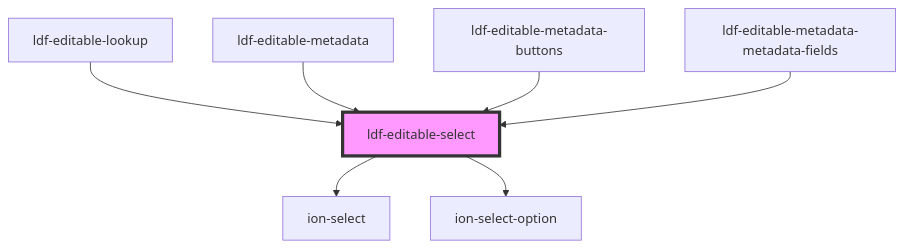
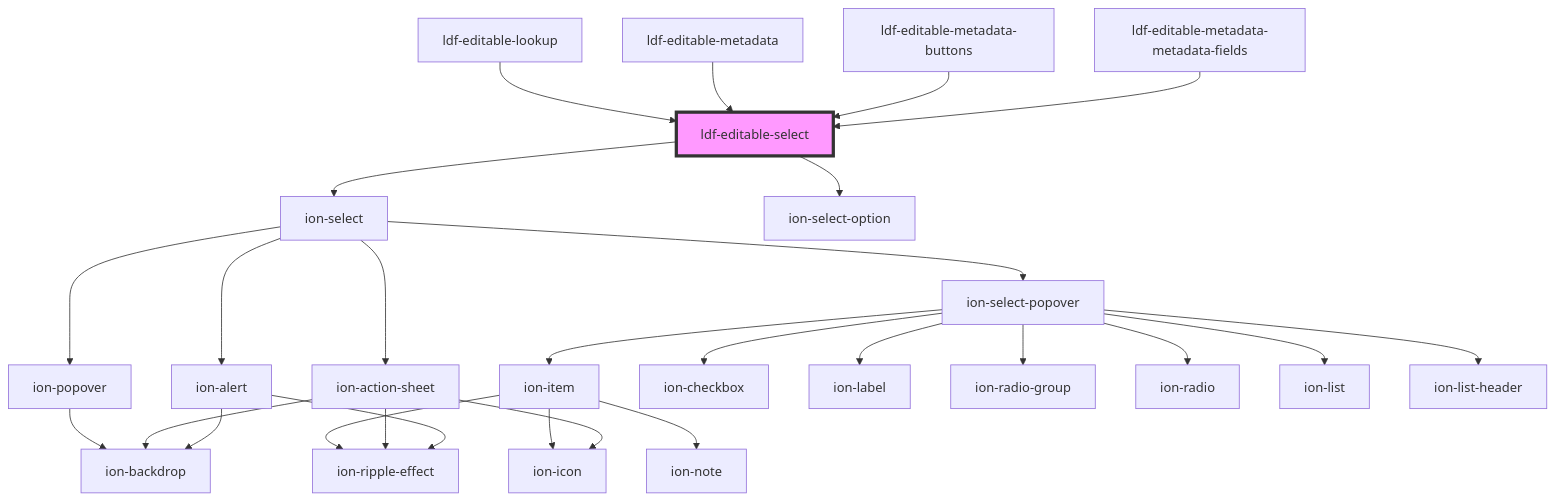
One commit to gbj/venite changed the diagram in components/src/components/editable-select/readme.md. Above: the diagram before and after it, drawn with Mermaid. The commit also changed 29 other files, not shown here.

````diff
--- a/components/src/components/editable-select/readme.md
+++ b/components/src/components/editable-select/readme.md
@@ -42,10 +42,30 @@
 ```mermaid
 graph TD;
   ldf-editable-select --> ion-select
   ldf-editable-select --> ion-select-option
+  ion-select --> ion-select-popover
+  ion-select --> ion-popover
+  ion-select --> ion-action-sheet
+  ion-select --> ion-alert
+  ion-select-popover --> ion-item
+  ion-select-popover --> ion-checkbox
+  ion-select-popover --> ion-label
+  ion-select-popover --> ion-radio-group
+  ion-select-popover --> ion-radio
+  ion-select-popover --> ion-list
+  ion-select-popover --> ion-list-header
+  ion-item --> ion-icon
+  ion-item --> ion-ripple-effect
+  ion-item --> ion-note
+  ion-popover --> ion-backdrop
+  ion-action-sheet --> ion-backdrop
+  ion-action-sheet --> ion-icon
+  ion-action-sheet --> ion-ripple-effect
+  ion-alert --> ion-ripple-effect
+  ion-alert --> ion-backdrop
   ldf-editable-lookup --> ldf-editable-select
   ldf-editable-metadata --> ldf-editable-select
   ldf-editable-metadata-buttons --> ldf-editable-select
   ldf-editable-metadata-metadata-fields --> ldf-editable-select
   style ldf-editable-select fill:#f9f,stroke:#333,stroke-width:4px
 ```
````
